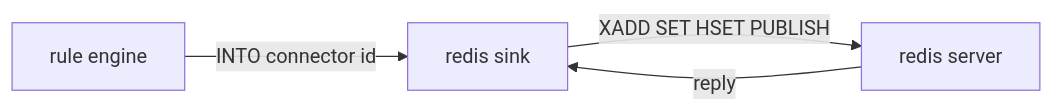
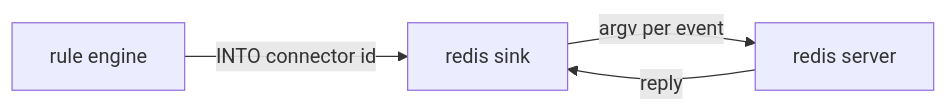
The diagram in docs/connectors/redis.md (Indus-Stack/indramqtt), drawn with Mermaid before and after one commit. The commit also changed other lines of this file and 34 other files, not shown here.

````diff
--- a/docs/connectors/redis.md
+++ b/docs/connectors/redis.md
@@ -14,6 +14,6 @@
 ```mermaid
 flowchart LR
     Rule["rule engine"] -- "INTO connector id" --> Sink["redis sink"]
-    Sink -- "XADD SET HSET PUBLISH" --> Redis["redis server"]
+    Sink -- "argv per event" --> Redis["redis server"]
     Redis -- "reply" --> Sink
 ```
````
